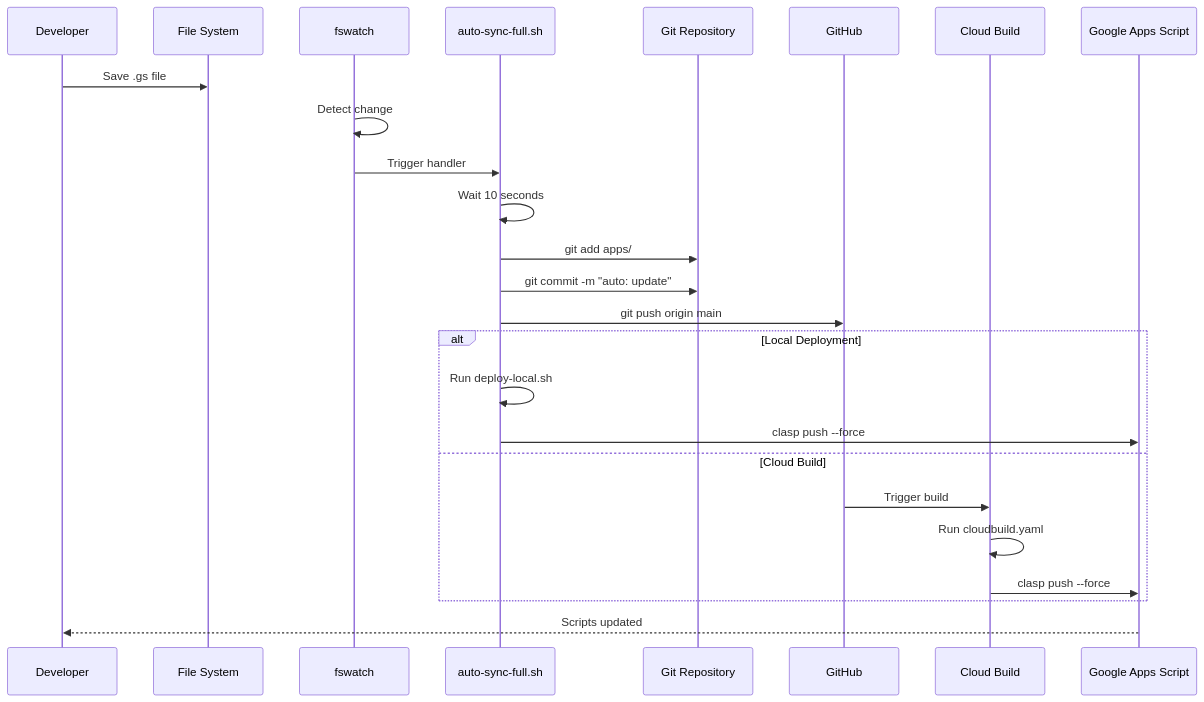
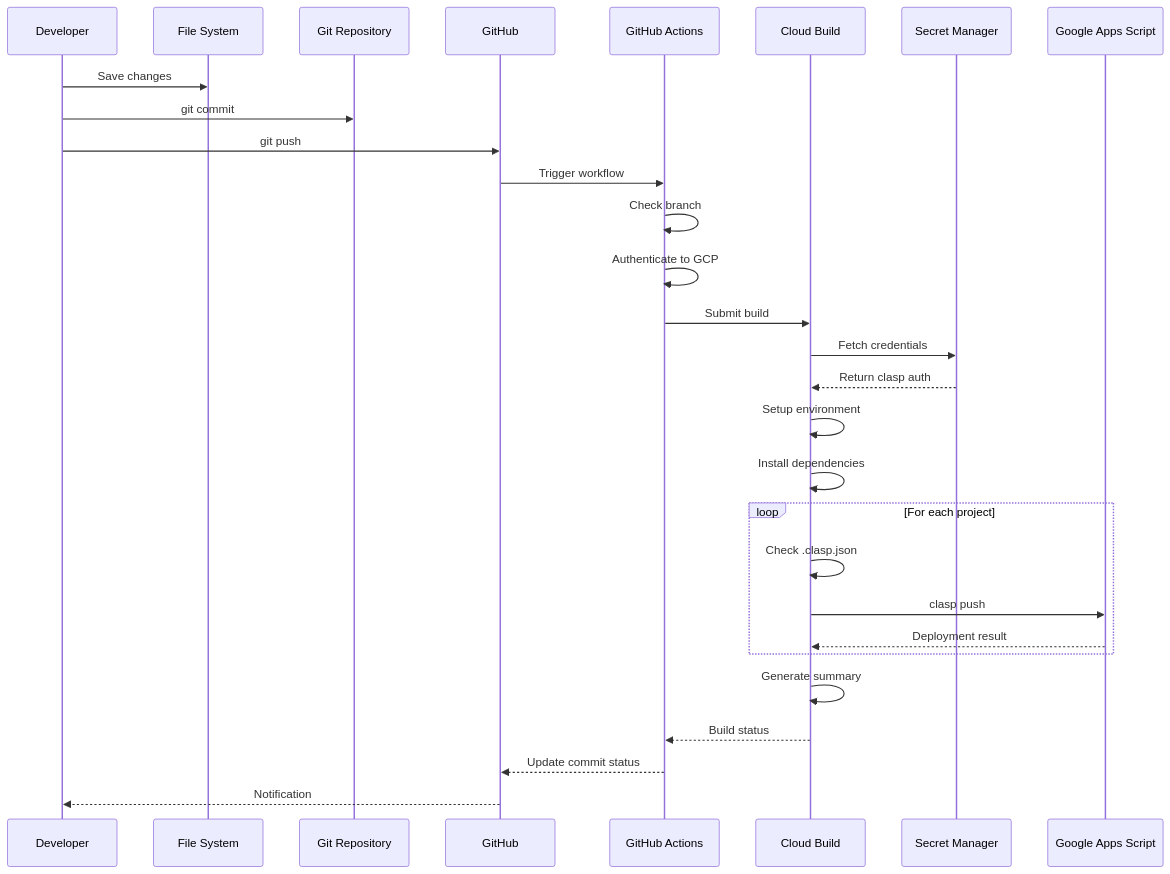
Before and after one commit to klappe-pm/Another-Google-Automation-Repo: the fifth of 6 diagrams in diagrams/DEPLOYMENT_FLOW.md, drawn with Mermaid. The commit also changed other lines of this file and 951 other files, not shown here.

First line of the commit message:
Clean up old eslint scan results and update diagrams

````diff
--- a/diagrams/DEPLOYMENT_FLOW.md
+++ b/diagrams/DEPLOYMENT_FLOW.md
@@ -37,30 +133,36 @@
 ```mermaid
 sequenceDiagram
     participant Dev as Developer
     participant FS as File System
-    participant Watch as fswatch
-    participant Sync as auto-sync-full.sh
     participant Git as Git Repository
     participant GH as GitHub
+    participant GHA as GitHub Actions
     participant CB as Cloud Build
+    participant SM as Secret Manager
     participant GAS as Google Apps Script
     
-    Dev->>FS: Save .gs file
-    Watch->>Watch: Detect change
-    Watch->>Sync: Trigger handler
-    Sync->>Sync: Wait 10 seconds
-    Sync->>Git: git add apps/
-    Sync->>Git: git commit -m "auto: update"
-    Sync->>GH: git push origin main
+    Dev->>FS: Save changes
+    Dev->>Git: git commit
+    Dev->>GH: git push
     
-    alt Local Deployment
-        Sync->>Sync: Run deploy-local.sh
-        Sync->>GAS: clasp push --force
-    else Cloud Build
-        GH->>CB: Trigger build
-        CB->>CB: Run cloudbuild.yaml
-        CB->>GAS: clasp push --force
+    GH->>GHA: Trigger workflow
+    GHA->>GHA: Check branch
+    GHA->>GHA: Authenticate to GCP
+    GHA->>CB: Submit build
+    
+    CB->>SM: Fetch credentials
+    SM-->>CB: Return clasp auth
+    CB->>CB: Setup environment
+    CB->>CB: Install dependencies
+    
+    loop For each project
+        CB->>CB: Check .clasp.json
+        CB->>GAS: clasp push
+        GAS-->>CB: Deployment result
     end
     
-    GAS-->>Dev: Scripts updated
+    CB->>CB: Generate summary
+    CB-->>GHA: Build status
+    GHA-->>GH: Update commit status
+    GH-->>Dev: Notification
 ```
````
